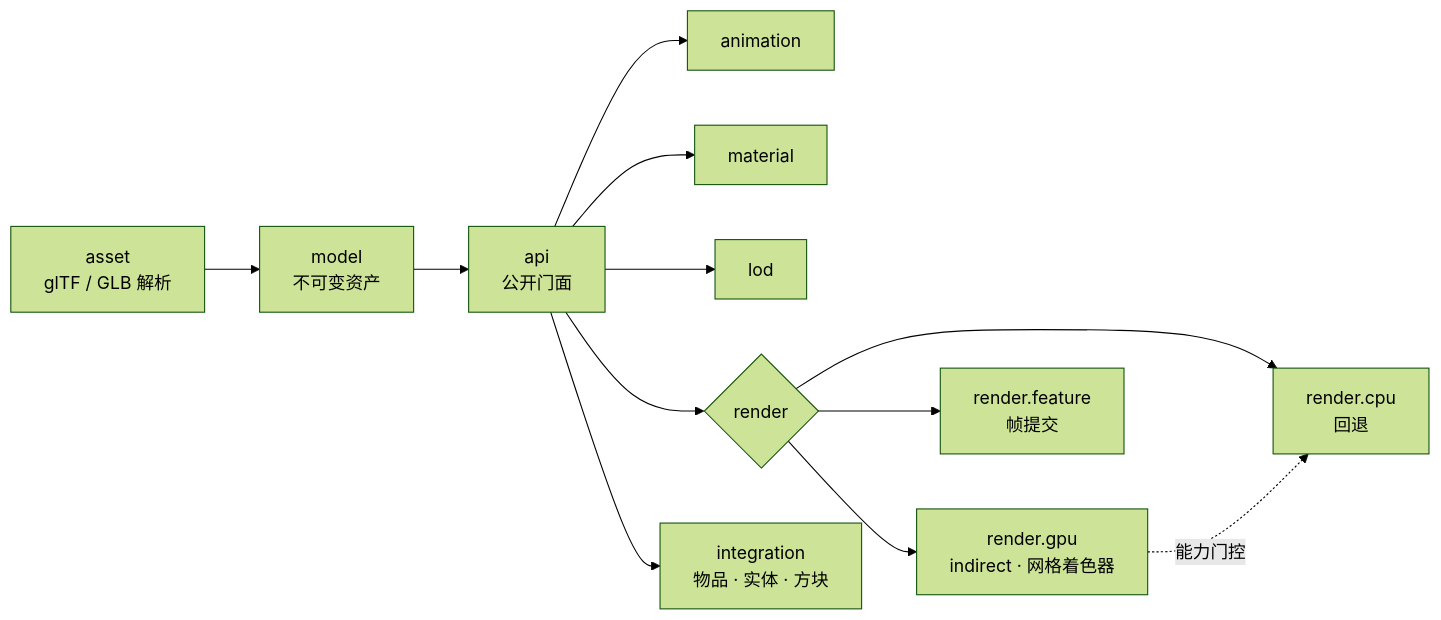
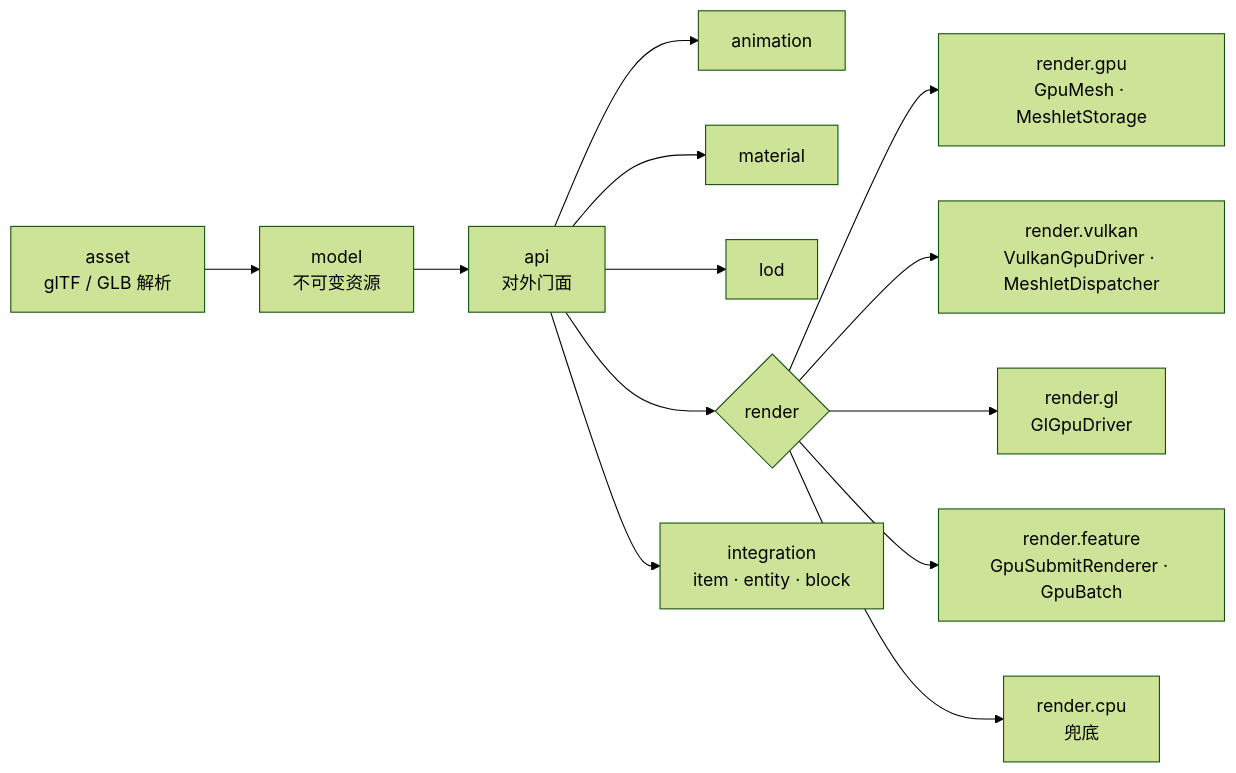
Before and after one commit to Micheanl/libglTF: the diagram in README.zh-CN.md, drawn with Mermaid (forest theme). The commit also changed other lines of this file and 1 other file, not shown here.

Commit message:
docs: 重写 README 与中文版并同步最新 API 与性能特性

````diff
--- a/README.zh-CN.md
+++ b/README.zh-CN.md
@@ -87,14 +102,15 @@
 ```mermaid
 flowchart LR
-    A["asset<br/>glTF / GLB 解析"] --> M["model<br/>不可变资产"]
-    M --> API["api<br/>公开门面"]
+    A["asset<br/>glTF / GLB 解析"] --> M["model<br/>不可变资源"]
+    M --> API["api<br/>对外门面"]
     API --> AN["animation"]
     API --> MAT["material"]
     API --> LOD["lod"]
     API --> R{"render"}
-    R --> GPU["render.gpu<br/>indirect · 网格着色器"]
-    R --> CPU["render.cpu<br/>回退"]
-    R --> F["render.feature<br/>帧提交"]
-    API --> INT["integration<br/>物品 · 实体 · 方块"]
-    GPU -.能力门控.-> CPU
+    R --> GPU["render.gpu<br/>GpuMesh · MeshletStorage"]
+    R --> VK["render.vulkan<br/>VulkanGpuDriver · MeshletDispatcher"]
+    R --> GL["render.gl<br/>GlGpuDriver"]
+    R --> F["render.feature<br/>GpuSubmitRenderer · GpuBatch"]
+    R --> CPU["render.cpu<br/>兜底"]
+    API --> INT["integration<br/>item · entity · block"]
 ```
````
